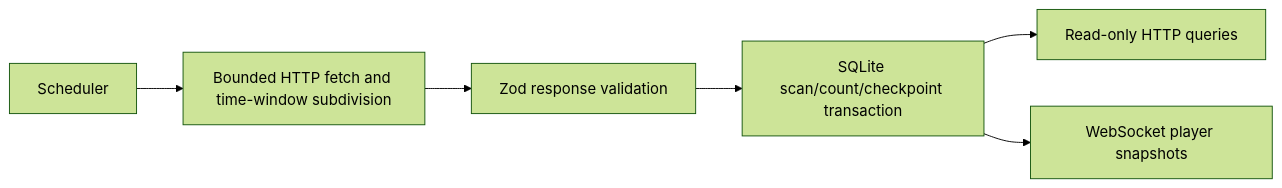
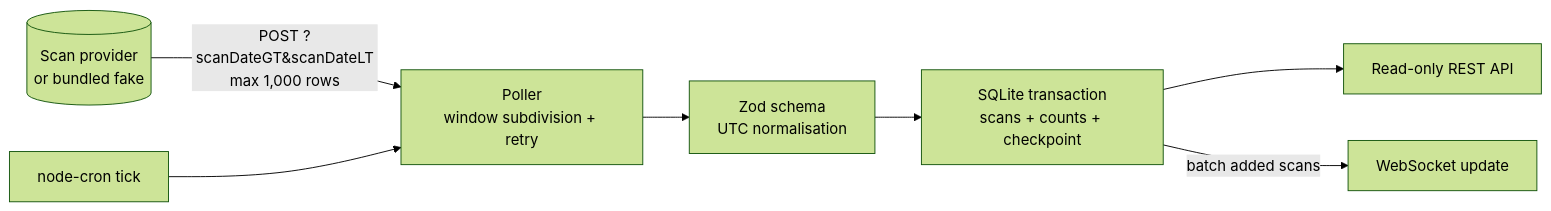
Before and after one commit to WajidAwais/event-badge-scan-api: the diagram in README.md, drawn with Mermaid (forest theme). The commit also changed other lines of this file, not shown here.

````diff
--- a/README.md
+++ b/README.md
@@ -5,8 +7,9 @@
 ```mermaid
 flowchart LR
-  Scheduler --> Poller[Bounded HTTP fetch and time-window subdivision]
-  Poller --> Validation[Zod response validation]
-  Validation --> Transaction[SQLite scan/count/checkpoint transaction]
-  Transaction --> REST[Read-only HTTP queries]
-  Transaction --> WS[WebSocket player snapshots]
+  Provider[(Scan provider<br/>or bundled fake)] -- "POST ?scanDateGT&scanDateLT<br/>max 1,000 rows" --> Poller
+  Scheduler[node-cron tick] --> Poller[Poller<br/>window subdivision + retry]
+  Poller --> Validate[Zod schema<br/>UTC normalisation]
+  Validate --> Tx[SQLite transaction<br/>scans + counts + checkpoint]
+  Tx --> REST[Read-only REST API]
+  Tx -- "batch added scans" --> WS[WebSocket update]
 ```
````
